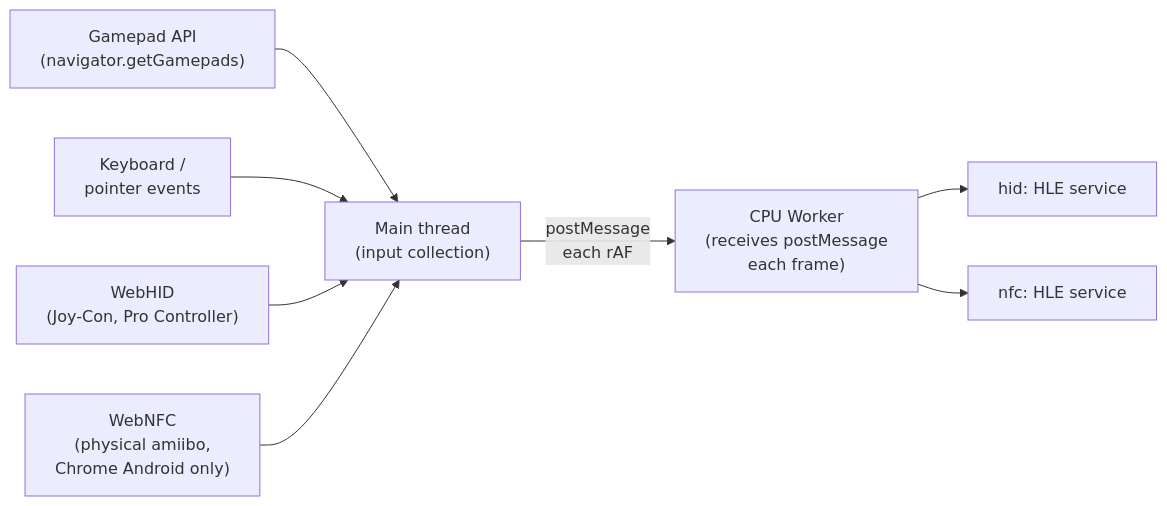
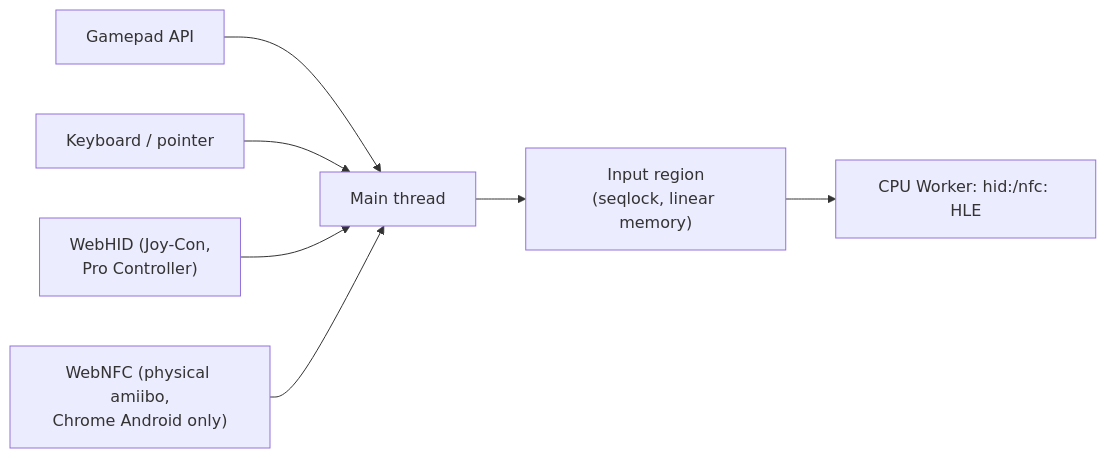
Before and after one commit to helloimthesigma-blip/Voland: diagram 11 of 15 in docs/DESIGN.md, drawn with Mermaid. The commit also changed other lines of this file, not shown here.

First line of the commit message:
docs: correct DESIGN.md web-platform-API claims verified against a real toolchain

````diff
--- a/docs/DESIGN.md
+++ b/docs/DESIGN.md
@@ -2052,20 +1800,16 @@
 ```mermaid
 flowchart LR
-    GP["Gamepad API<br/>(navigator.getGamepads)"]
-    KB["Keyboard /<br/>pointer events"]
-    HID["WebHID<br/>(Joy-Con, Pro Controller)"]
-    NFC["WebNFC<br/>(physical amiibo,<br/>Chrome Android only)"]
-
-    MAIN["Main thread<br/>(input collection)"]
-    CPU["CPU Worker<br/>(receives postMessage<br/>each frame)"]
-    HLE_HID["hid: HLE service"]
-    HLE_NFC["nfc: HLE service"]
+    GP["Gamepad API"]
+    KB["Keyboard / pointer"]
+    HID["WebHID (Joy-Con,<br/>Pro Controller)"]
+    NFC["WebNFC (physical amiibo,<br/>Chrome Android only)"]
+    MAIN["Main thread"]
+    REGION["Input region<br/>(seqlock, linear memory)"]
+    CPU["CPU Worker: hid:/nfc: HLE"]
 
     GP --> MAIN
     KB --> MAIN
     HID --> MAIN
     NFC --> MAIN
-    MAIN -->|"postMessage<br/>each rAF"| CPU
-    CPU --> HLE_HID
-    CPU --> HLE_NFC
+    MAIN --> REGION --> CPU
 ```
````
